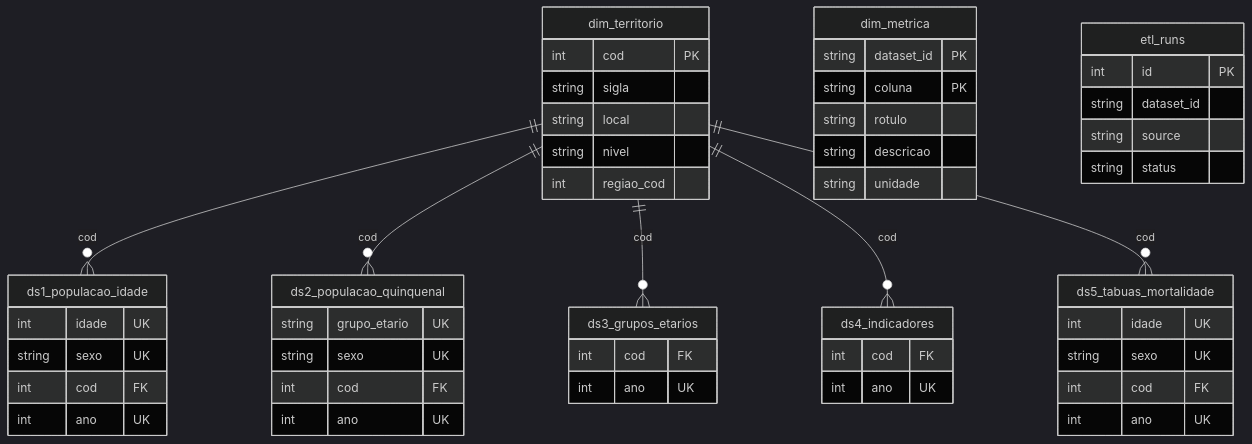
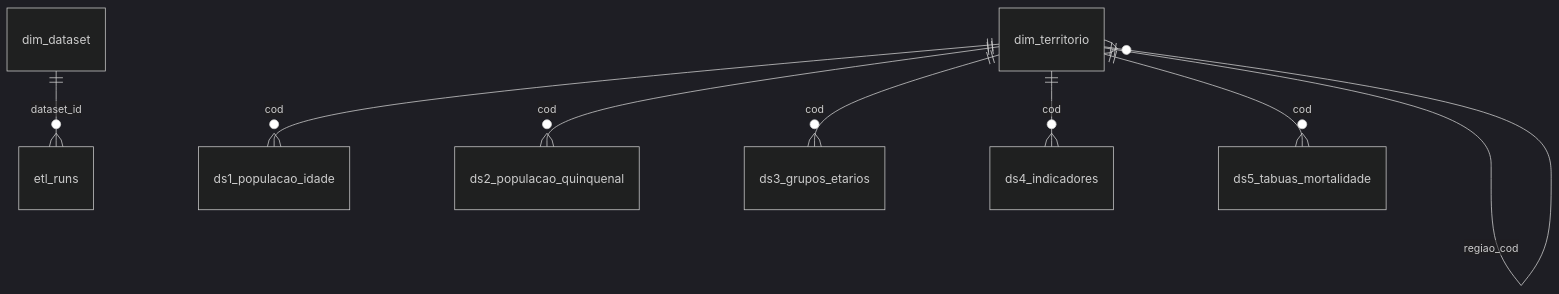
The diagram in docs/DER.md (f0ntanaDEV/IBGE), drawn with Mermaid (dark theme) before and after one commit. The commit also changed other lines of this file and 112 other files, not shown here.

````diff
--- a/docs/DER.md
+++ b/docs/DER.md
@@ -5,54 +3,10 @@
 ```mermaid
 erDiagram
-    dim_territorio {
-        int cod PK
-        string sigla
-        string local
-        string nivel
-        int regiao_cod
-    }
-    dim_metrica {
-        string dataset_id PK
-        string coluna PK
-        string rotulo
-        string descricao
-        string unidade
-    }
-    etl_runs {
-        int id PK
-        string dataset_id
-        string source
-        string status
-    }
-    ds1_populacao_idade {
-        int idade UK
-        string sexo UK
-        int cod FK
-        int ano UK
-    }
-    ds2_populacao_quinquenal {
-        string grupo_etario UK
-        string sexo UK
-        int cod FK
-        int ano UK
-    }
-    ds3_grupos_etarios {
-        int cod FK
-        int ano UK
-    }
-    ds4_indicadores {
-        int cod FK
-        int ano UK
-    }
-    ds5_tabuas_mortalidade {
-        int idade UK
-        string sexo UK
-        int cod FK
-        int ano UK
-    }
+    dim_dataset ||--o{ etl_runs : dataset_id
+    dim_territorio ||--o{ dim_territorio : regiao_cod
     dim_territorio ||--o{ ds1_populacao_idade : cod
     dim_territorio ||--o{ ds2_populacao_quinquenal : cod
     dim_territorio ||--o{ ds3_grupos_etarios : cod
     dim_territorio ||--o{ ds4_indicadores : cod
     dim_territorio ||--o{ ds5_tabuas_mortalidade : cod
 ```
````
